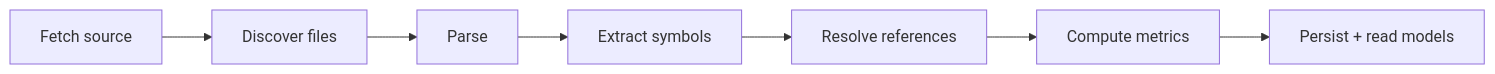
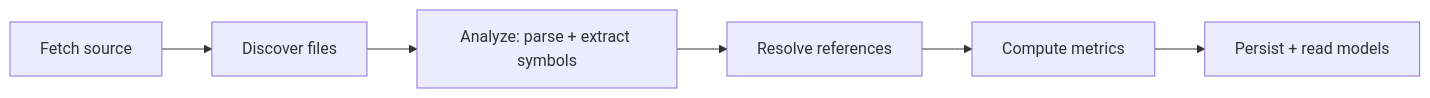
Before and after one commit to stacknoise/CodeSkimr: the second of 2 diagrams in BLUEPRINT.md, drawn with Mermaid. The commit also changed other lines of this file and 1 other file, not shown here.

First line of the commit message:
docs: Parse und Extract als eine Stufe festhalten (ADR 0013)

````diff
--- a/BLUEPRINT.md
+++ b/BLUEPRINT.md
@@ -296,4 +296,4 @@
 ```mermaid
 flowchart LR
-  A[Fetch source] --> B[Discover files] --> C[Parse] --> D[Extract symbols] --> E[Resolve references] --> F[Compute metrics] --> G[Persist + read models]
+  A[Fetch source] --> B[Discover files] --> C[Analyze: parse + extract symbols] --> E[Resolve references] --> F[Compute metrics] --> G[Persist + read models]
 ```
````
